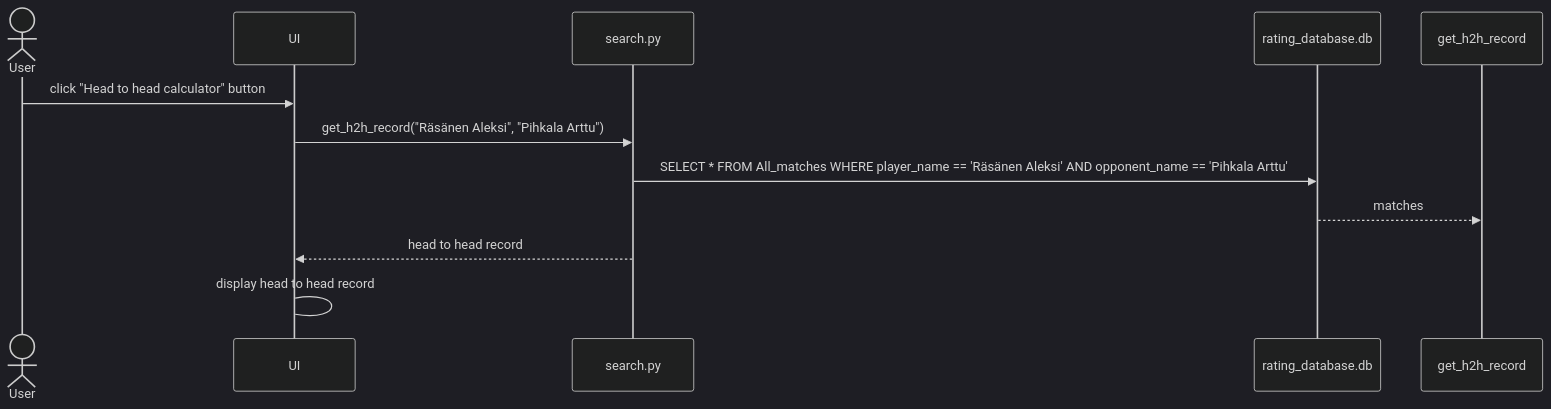
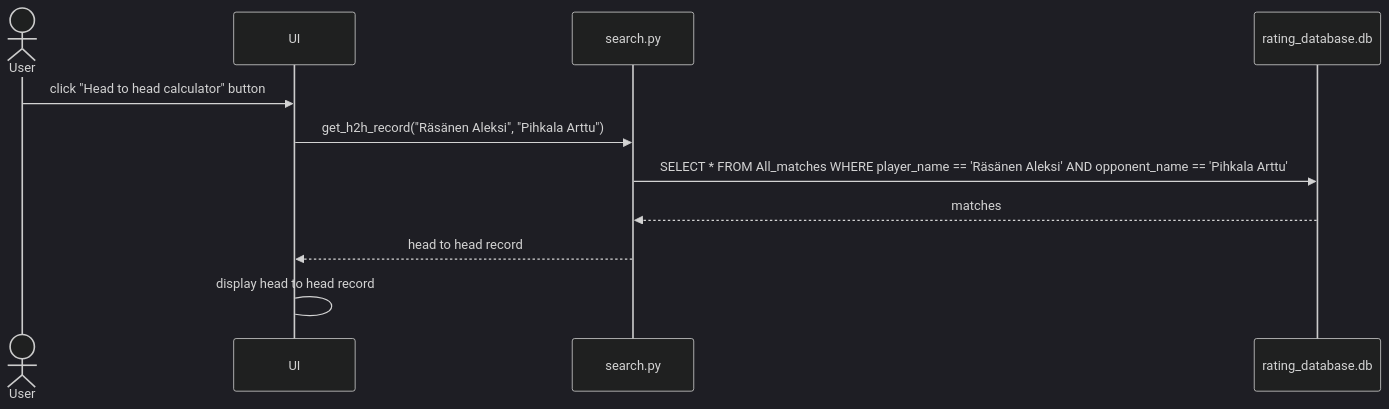
One commit to OttoSFelix/ot-harjoitustyo changed the second of 2 diagrams in harjoitustyo/dokumentaatio/arkkitehtuuri.md. Above: the diagram before and after it, drawn with Mermaid (dark theme).

Commit message:
arkkitehtuuri päivitys

````diff
--- a/harjoitustyo/dokumentaatio/arkkitehtuuri.md
+++ b/harjoitustyo/dokumentaatio/arkkitehtuuri.md
@@ -36,13 +36,13 @@
 ```mermaid
 sequenceDiagram
   actor User
   participant UI
   participant search.py
   participant rating_database.db
   User->>UI: click "Head to head calculator" button
   UI->>search.py: get_h2h_record("Räsänen Aleksi", "Pihkala Arttu")
   search.py->>rating_database.db: SELECT * FROM All_matches WHERE player_name == 'Räsänen Aleksi' AND opponent_name == 'Pihkala Arttu';
-  rating_database.db-->>get_h2h_record: matches
+  rating_database.db-->>search.py: matches
   search.py-->>UI: head to head record
   UI->UI: display head to head record
 ```
````
